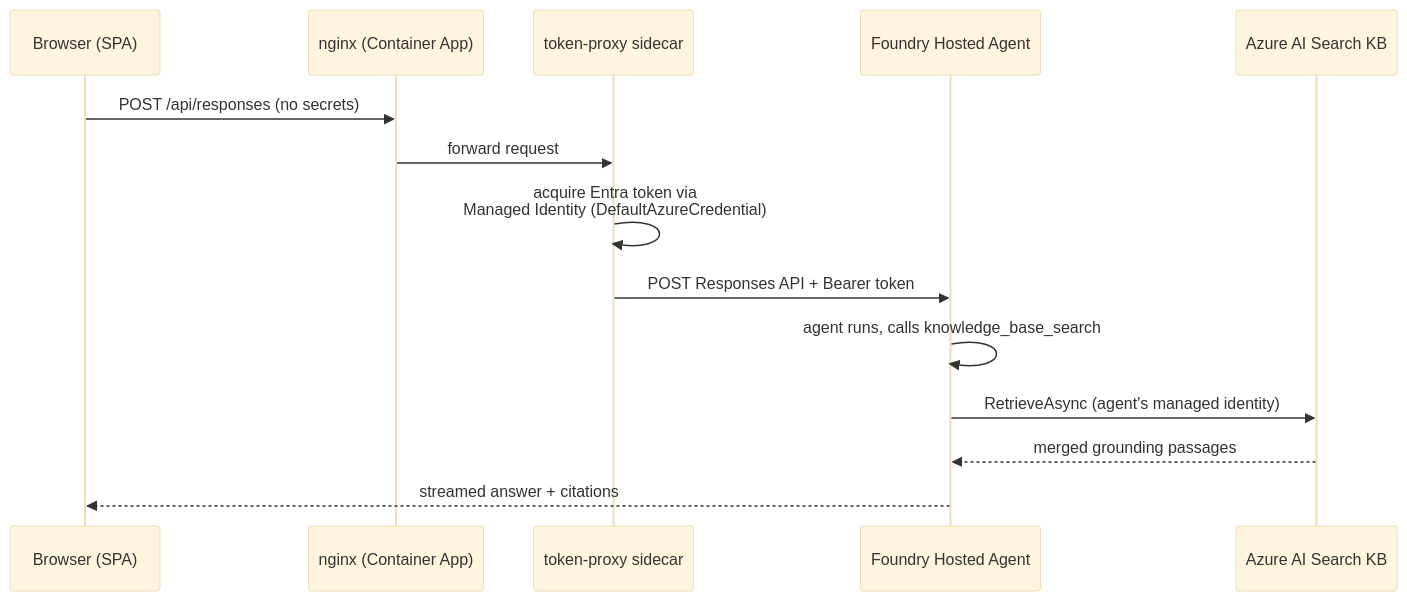
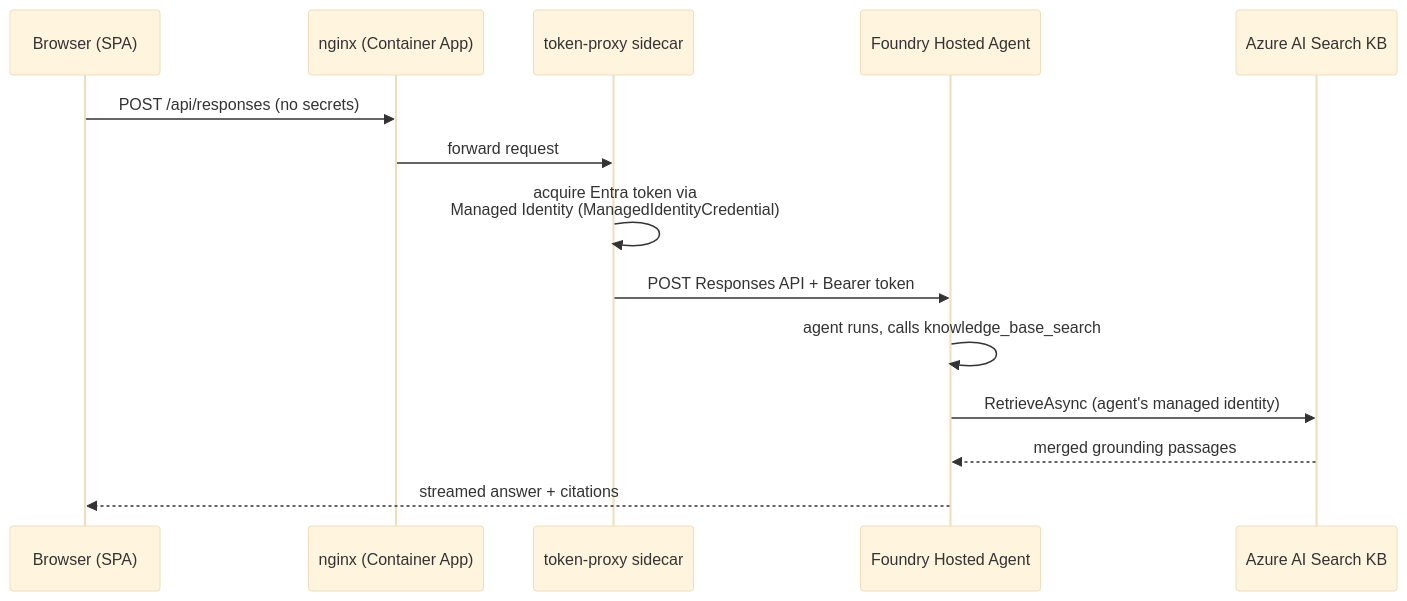
The second of 3 diagrams in frontend/src/content/knowledge-base.md (michaelsrichter/nasuni-azure-assistant), drawn with Mermaid (base theme) before and after one commit. The commit also changed other lines of this file and 8 other files, not shown here.

First line of the commit message:
Use ManagedIdentityCredential directly in Azure to cut auth cold-start latency

````diff
--- a/frontend/src/content/knowledge-base.md
+++ b/frontend/src/content/knowledge-base.md
@@ -76,16 +76,16 @@
 ```mermaid
 sequenceDiagram
     participant B as Browser (SPA)
     participant N as nginx (Container App)
     participant P as token-proxy sidecar
     participant F as Foundry Hosted Agent
     participant KB as Azure AI Search KB
     B->>N: POST /api/responses (no secrets)
     N->>P: forward request
-    P->>P: acquire Entra token via<br/>Managed Identity (DefaultAzureCredential)
+    P->>P: acquire Entra token via<br/>Managed Identity (ManagedIdentityCredential)
     P->>F: POST Responses API + Bearer token
     F->>F: agent runs, calls knowledge_base_search
     F->>KB: RetrieveAsync (agent's managed identity)
     KB-->>F: merged grounding passages
     F-->>B: streamed answer + citations
 ```
````
